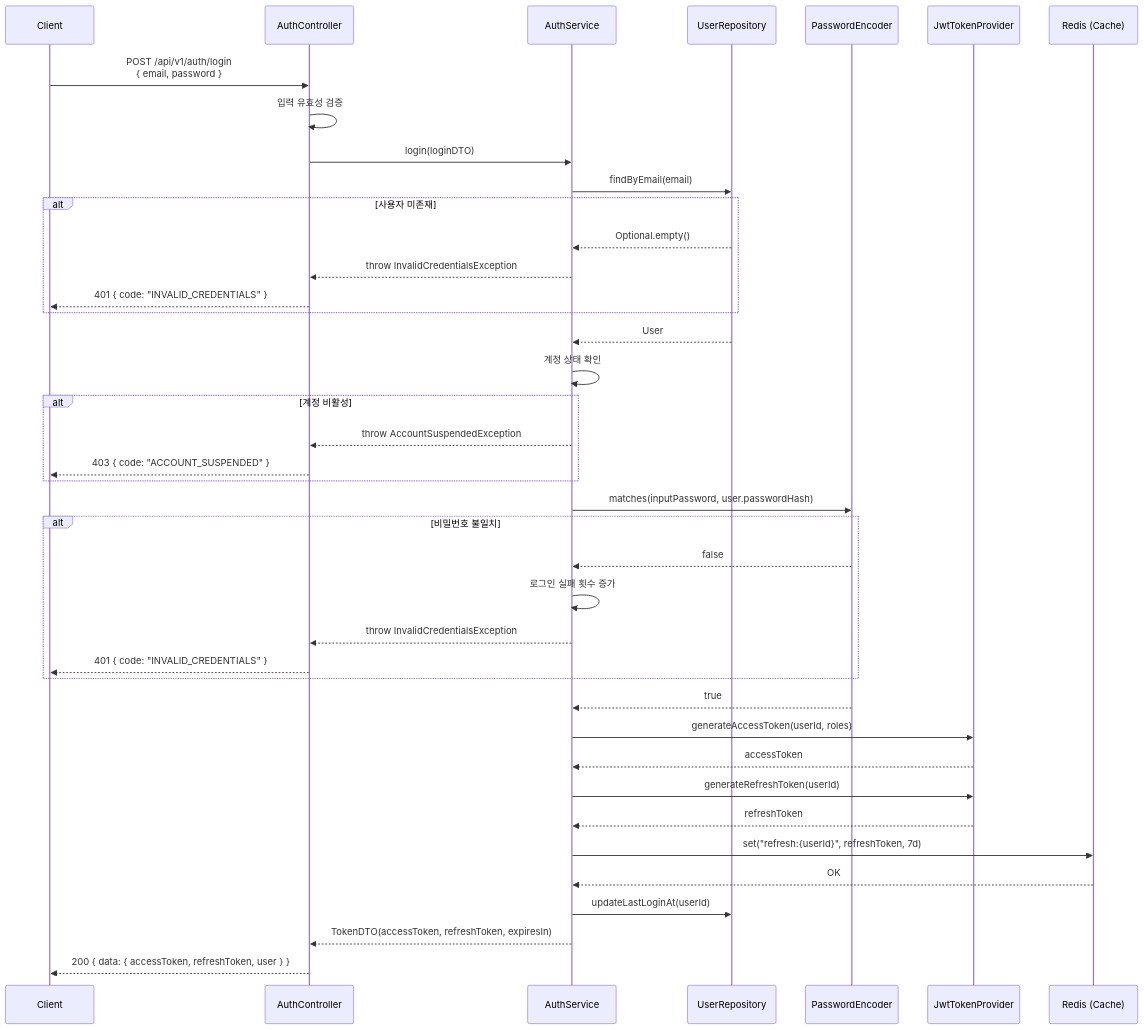
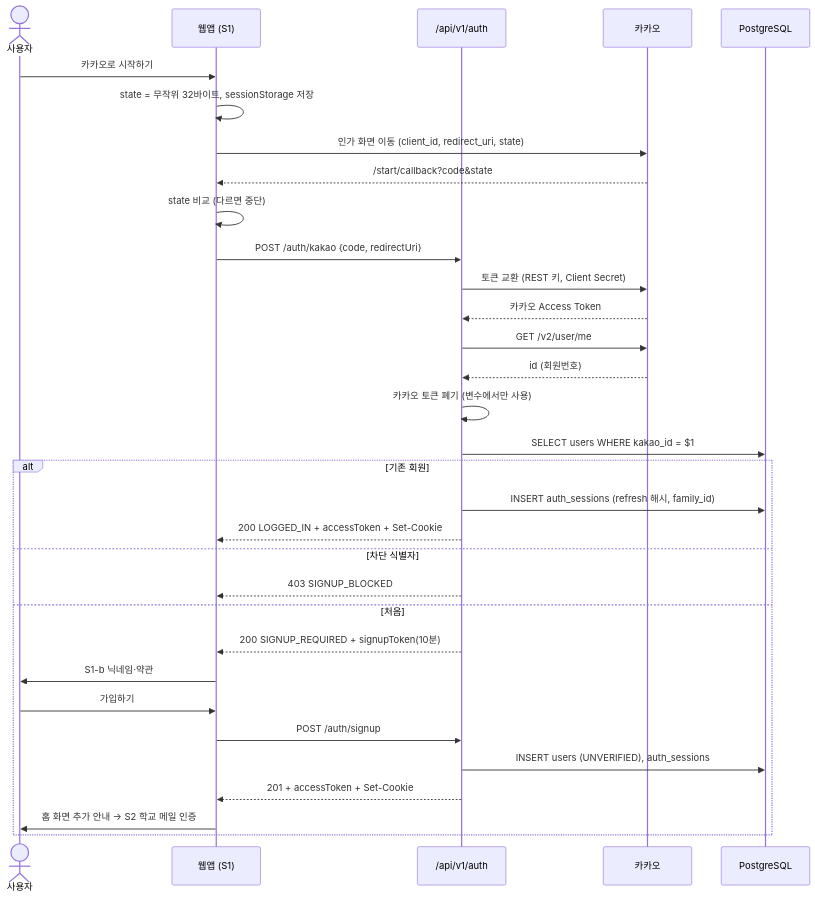
Before and after one commit to yuna14742/sookbak-sookbak: the fourth of 12 diagrams in waterfall/03-상세설계/상세설계서.md, drawn with Mermaid. The commit also changed other lines of this file and 1 other file, not shown here.

````diff
--- a/waterfall/03-상세설계/상세설계서.md
+++ b/waterfall/03-상세설계/상세설계서.md
@@ -392,51 +324,35 @@
 ```mermaid
 sequenceDiagram
-    participant Client
-    participant Controller as AuthController
-    participant Service as AuthService
-    participant UserRepo as UserRepository
-    participant PasswordEnc as PasswordEncoder
-    participant JwtProvider as JwtTokenProvider
-    participant Cache as Redis (Cache)
+    actor U as 사용자
+    participant W as 웹앱 (S1)
+    participant A as /api/v1/auth
+    participant K as 카카오
+    participant DB as PostgreSQL
 
-    Client->>Controller: POST /api/v1/auth/login<br/>{ email, password }
-    Controller->>Controller: 입력 유효성 검증
-    Controller->>Service: login(loginDTO)
-
-    Service->>UserRepo: findByEmail(email)
-    alt 사용자 미존재
-        UserRepo-->>Service: Optional.empty()
-        Service-->>Controller: throw InvalidCredentialsException
-        Controller-->>Client: 401 { code: "INVALID_CREDENTIALS" }
+    U->>W: 카카오로 시작하기
+    W->>W: state = 무작위 32바이트, sessionStorage 저장
+    W->>K: 인가 화면 이동 (client_id, redirect_uri, state)
+    K-->>W: /start/callback?code&state
+    W->>W: state 비교 (다르면 중단)
+    W->>A: POST /auth/kakao {code, redirectUri}
+    A->>K: 토큰 교환 (REST 키, Client Secret)
+    K-->>A: 카카오 Access Token
+    A->>K: GET /v2/user/me
+    K-->>A: id (회원번호)
+    A->>A: 카카오 토큰 폐기 (변수에서만 사용)
+    A->>DB: SELECT users WHERE kakao_id = $1
+    alt 기존 회원
+        A->>DB: INSERT auth_sessions (refresh 해시, family_id)
+        A-->>W: 200 LOGGED_IN + accessToken + Set-Cookie
+    else 차단 식별자
+        A-->>W: 403 SIGNUP_BLOCKED
+    else 처음
+        A-->>W: 200 SIGNUP_REQUIRED + signupToken(10분)
+        W->>U: S1-b 닉네임·약관
+        U->>W: 가입하기
+        W->>A: POST /auth/signup
+        A->>DB: INSERT users (UNVERIFIED), auth_sessions
+        A-->>W: 201 + accessToken + Set-Cookie
+        W->>U: 홈 화면 추가 안내 → S2 학교 메일 인증
     end
-    UserRepo-->>Service: User
-
-    Service->>Service: 계정 상태 확인
-    alt 계정 비활성
-        Service-->>Controller: throw AccountSuspendedException
-        Controller-->>Client: 403 { code: "ACCOUNT_SUSPENDED" }
-    end
-
-    Service->>PasswordEnc: matches(inputPassword, user.passwordHash)
-    alt 비밀번호 불일치
-        PasswordEnc-->>Service: false
-        Service->>Service: 로그인 실패 횟수 증가
-        Service-->>Controller: throw InvalidCredentialsException
-        Controller-->>Client: 401 { code: "INVALID_CREDENTIALS" }
-    end
-    PasswordEnc-->>Service: true
-
-    Service->>JwtProvider: generateAccessToken(userId, roles)
-    JwtProvider-->>Service: accessToken
-
-    Service->>JwtProvider: generateRefreshToken(userId)
-    JwtProvider-->>Service: refreshToken
-
-    Service->>Cache: set("refresh:{userId}", refreshToken, 7d)
-    Cache-->>Service: OK
-
-    Service->>UserRepo: updateLastLoginAt(userId)
-
-    Service-->>Controller: TokenDTO(accessToken, refreshToken, expiresIn)
-    Controller-->>Client: 200 { data: { accessToken, refreshToken, user } }
 ```
````
